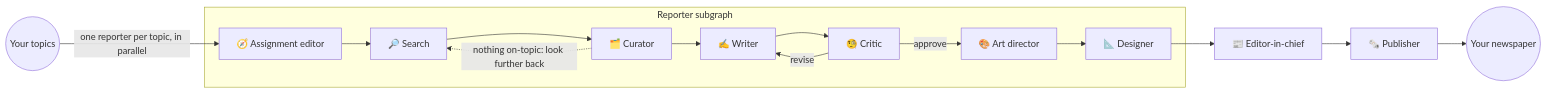
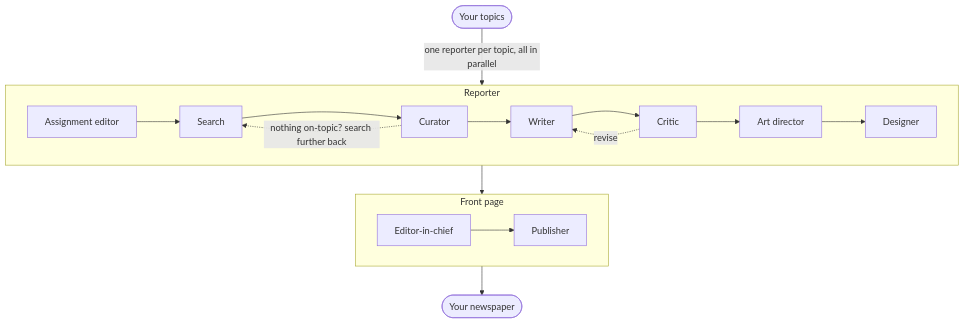
The diagram in README.md (rotemweiss57/gpt-newspaper), drawn with Mermaid before and after one commit. The commit also changed other lines of this file and 3 other files, not shown here.

First line of the commit message:
Fix README diagram on GitHub and trim screenshots

````diff
--- a/README.md
+++ b/README.md
@@ -84,14 +76,16 @@
 ```mermaid
-flowchart LR
-    T((Your topics)) -->|one reporter per topic, in parallel| A
-    subgraph R [Reporter subgraph]
-        A[🧭 Assignment editor] --> S[🔎 Search]
-        S --> C[🗂️ Curator]
-        C -. nothing on-topic: look further back .-> S
-        C --> W[✍️ Writer]
-        W --> K[🧐 Critic]
-        K -- revise --> W
-        K -- approve --> I[🎨 Art director] --> D[📐 Designer]
+flowchart TB
+    T(["Your topics"]) -->|"one reporter per topic, all in parallel"| R
+    subgraph R["Reporter"]
+        direction LR
+        A["Assignment editor"] --> S["Search"] --> C["Curator"] --> W["Writer"] --> K["Critic"] --> I["Art director"] --> D["Designer"]
+        C -.->|"nothing on-topic? search further back"| S
+        K -.->|"revise"| W
     end
-    D --> E[📰 Editor-in-chief] --> P[🗞️ Publisher] --> N((Your newspaper))
+    R --> M
+    subgraph M["Front page"]
+        direction LR
+        E["Editor-in-chief"] --> P["Publisher"]
+    end
+    M --> N(["Your newspaper"])
 ```
````
